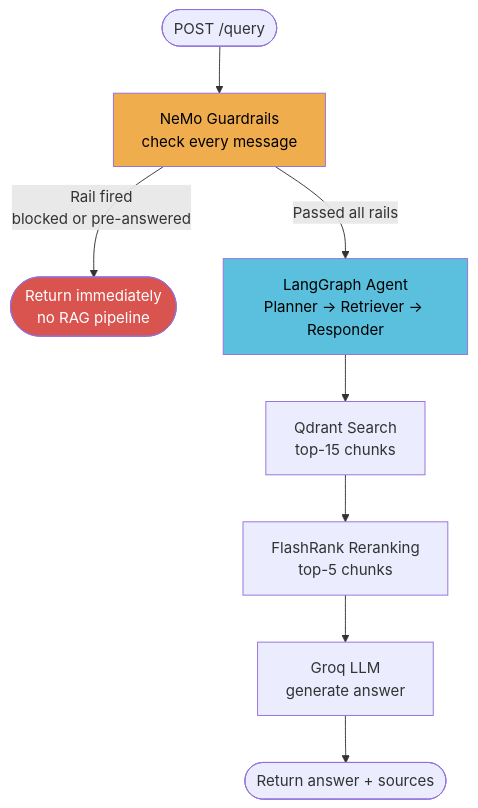
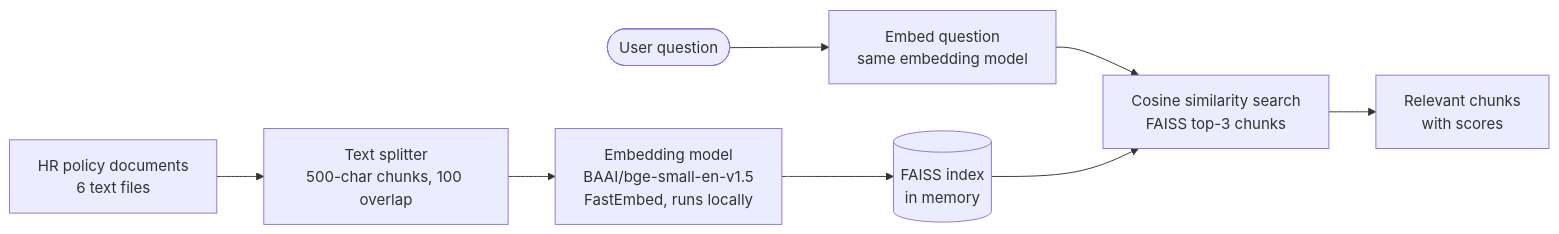
The second of 2 diagrams in README.md (SANKETH-THUMMETI/nemo-guardrails-with-rag), drawn with Mermaid before and after one commit. The commit also changed other lines of this file, not shown here.

First line of the commit message:
Add comprehensive README with architecture diagrams and glossary

````diff
--- a/README.md
+++ b/README.md
@@ -339,14 +155,11 @@
 ```mermaid
-flowchart TD
-    A([POST /query]) --> B[NeMo Guardrails\ncheck every message]
-    B -- Rail fired\nblocked or pre-answered --> C([Return immediately\nno RAG pipeline])
-    B -- Passed all rails --> D[LangGraph Agent\nPlanner → Retriever → Responder]
-    D --> E[Qdrant Search\ntop-15 chunks]
-    E --> F[FlashRank Reranking\ntop-5 chunks]
-    F --> G[Groq LLM\ngenerate answer]
-    G --> H([Return answer + sources])
+flowchart LR
+    A[HR policy documents\n6 text files] --> B[Text splitter\n500-char chunks, 100 overlap]
+    B --> C[Embedding model\nBAAI/bge-small-en-v1.5\nFastEmbed, runs locally]
+    C --> D[(FAISS index\nin memory)]
 
-    style B fill:#f0ad4e,color:#000
-    style C fill:#d9534f,color:#fff
-    style D fill:#5bc0de,color:#000
+    E([User question]) --> F[Embed question\nsame embedding model]
+    F --> G[Cosine similarity search\nFAISS top-3 chunks]
+    G --> H[Relevant chunks\nwith scores]
+    D --> G
 ```
````
